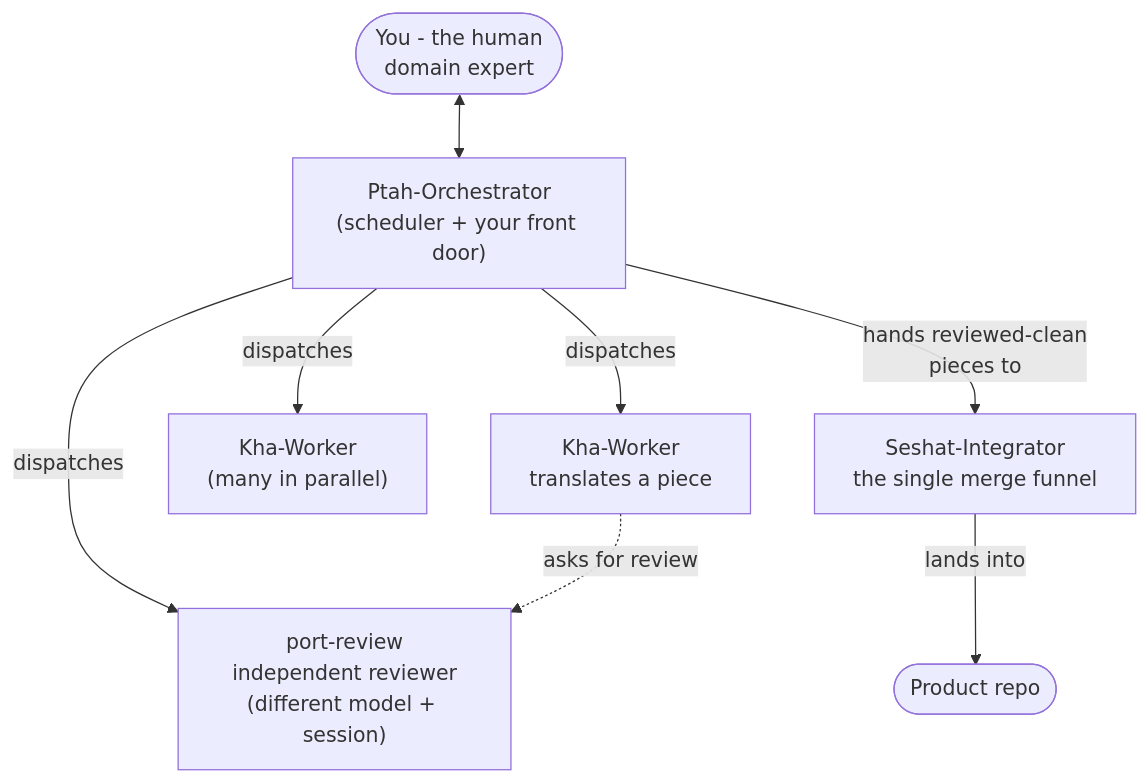
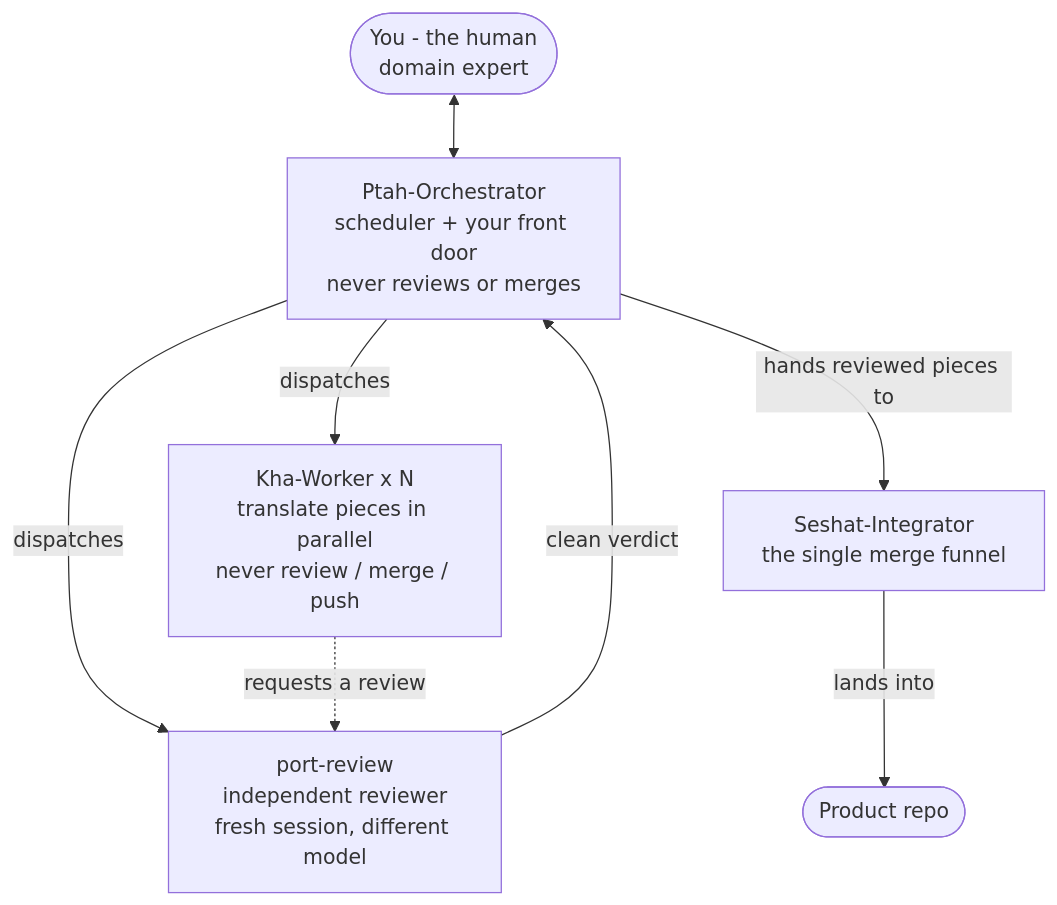
The third of 6 diagrams in methodology.md (ecmwf/chisel), drawn with Mermaid before and after one commit. The commit also changed other lines of this file, not shown here.

Commit message:
docs(methodology): show the base repo in the two-repo diagram; balance the agents diagram
Two-repo section: add the BASE repo (the workbench is cloned from it) so all three repos and
their relationship are visible + a one-line base bullet; also align the product nodes with the
prose (code + tests + README/run-assets, not 'code only'). Agents diagram: consolidate the two
worker nodes into 'Kha-Worker x N' and route dispatch to workers and the reviewer as two branches
so the arrows fan to both sides, with the clean-verdict and integration flow shown. Diagram/label
changes only; no claims altered.

````diff
--- a/methodology.md
+++ b/methodology.md
@@ -138,11 +144,11 @@
 ```mermaid
 flowchart TD
-  H([You - the human<br/>domain expert]) <--> O
-  O["Ptah-Orchestrator<br/>(scheduler + your front door)"]
-  O -- "dispatches" --> W1["Kha-Worker<br/>translates a piece"]
-  O -- "dispatches" --> W2["Kha-Worker<br/>(many in parallel)"]
-  O -- "dispatches" --> R["port-review<br/>independent reviewer<br/>(different model + session)"]
-  O -- "hands reviewed-clean<br/>pieces to" --> I["Seshat-Integrator<br/>the single merge funnel"]
-  W1 -. "asks for review" .-> R
+  H([You - the human<br/>domain expert])
+  H <--> O["Ptah-Orchestrator<br/>scheduler + your front door<br/>never reviews or merges"]
+  O -- "dispatches" --> W["Kha-Worker x N<br/>translate pieces in parallel<br/>never review / merge / push"]
+  O -- "dispatches" --> R["port-review<br/>independent reviewer<br/>fresh session, different model"]
+  W -. "requests a review" .-> R
+  R -- "clean verdict" --> O
+  O -- "hands reviewed pieces to" --> I["Seshat-Integrator<br/>the single merge funnel"]
   I -- "lands into" --> PROD([Product repo])
 ```
````
